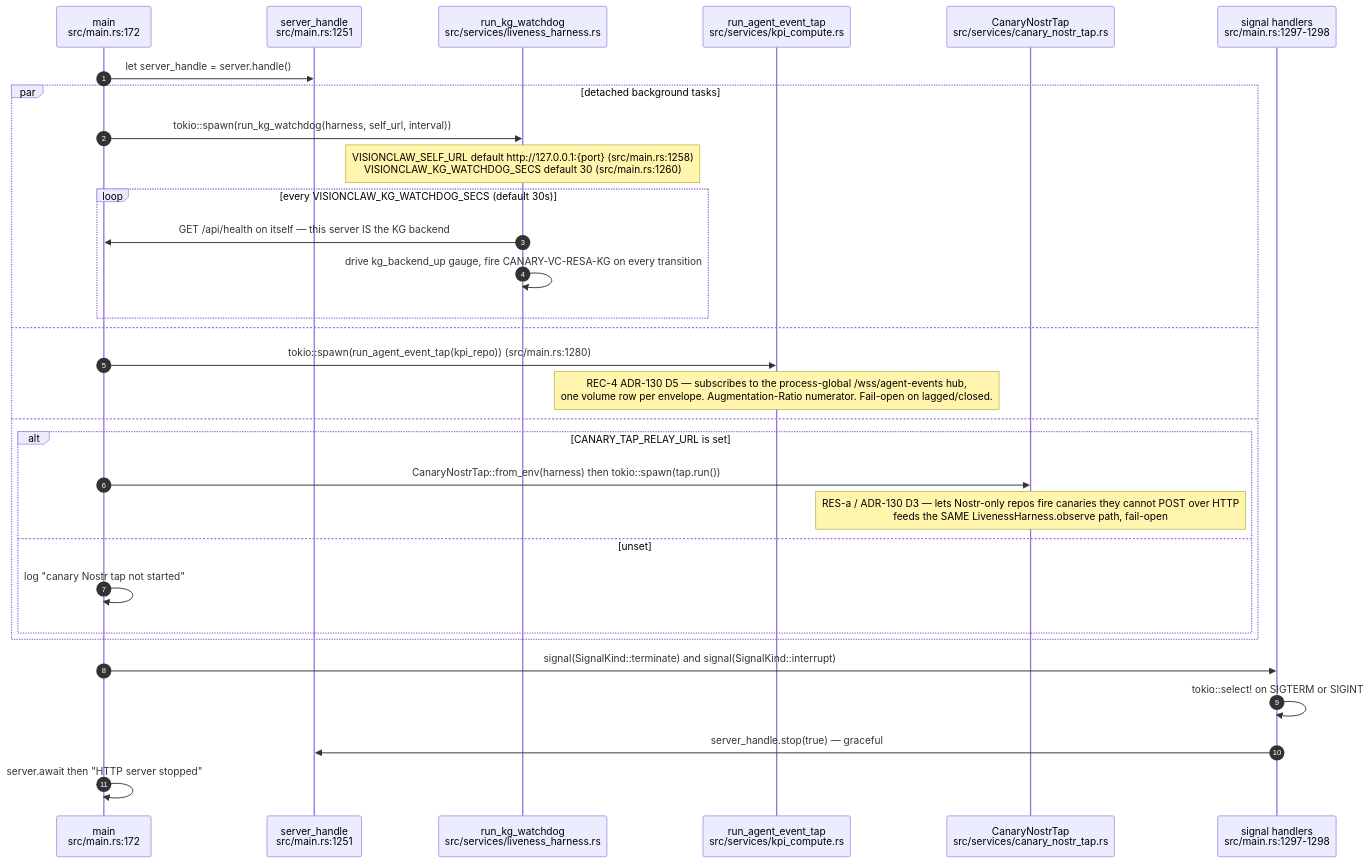
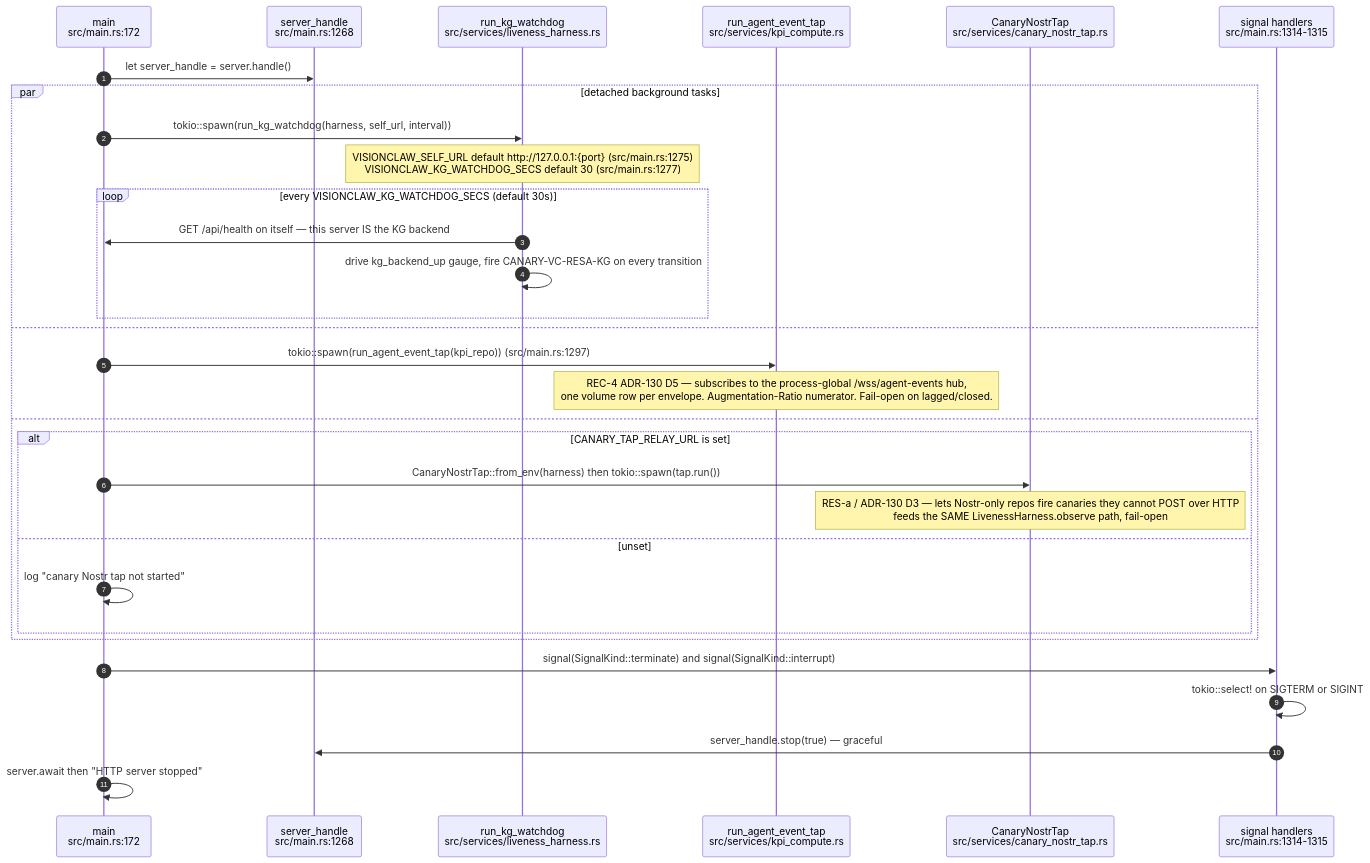
Before and after one commit to DreamLab-AI/VisionFlow: the seventh of 13 diagrams in docs/diagrams/visionclaw/01-boot-and-app-state.md, drawn with Mermaid. The commit also changed other lines of this file and 160 other files, not shown here.

````diff
--- a/docs/diagrams/visionclaw/01-boot-and-app-state.md
+++ b/docs/diagrams/visionclaw/01-boot-and-app-state.md
@@ -331,34 +339,34 @@
 ```mermaid
 sequenceDiagram
     autonumber
     participant M as main<br/>src/main.rs:172
-    participant SH as server_handle<br/>src/main.rs:1251
+    participant SH as server_handle<br/>src/main.rs:1268
     participant WD as run_kg_watchdog<br/>src/services/liveness_harness.rs
     participant TAP as run_agent_event_tap<br/>src/services/kpi_compute.rs
     participant CT as CanaryNostrTap<br/>src/services/canary_nostr_tap.rs
-    participant SIG as signal handlers<br/>src/main.rs:1297-1298
+    participant SIG as signal handlers<br/>src/main.rs:1314-1315
 
     M->>SH: let server_handle = server.handle()
     par detached background tasks
         M->>WD: tokio::spawn(run_kg_watchdog(harness, self_url, interval))
-        Note over WD: VISIONCLAW_SELF_URL default http://127.0.0.1:{port} (src/main.rs:1258)<br/>VISIONCLAW_KG_WATCHDOG_SECS default 30 (src/main.rs:1260)
+        Note over WD: VISIONCLAW_SELF_URL default http://127.0.0.1:{port} (src/main.rs:1275)<br/>VISIONCLAW_KG_WATCHDOG_SECS default 30 (src/main.rs:1277)
         loop every VISIONCLAW_KG_WATCHDOG_SECS (default 30s)
             WD->>M: GET /api/health on itself — this server IS the KG backend
             WD->>WD: drive kg_backend_up gauge, fire CANARY-VC-RESA-KG on every transition
         end
     and
-        M->>TAP: tokio::spawn(run_agent_event_tap(kpi_repo)) (src/main.rs:1280)
+        M->>TAP: tokio::spawn(run_agent_event_tap(kpi_repo)) (src/main.rs:1297)
         Note over TAP: REC-4 ADR-130 D5 — subscribes to the process-global /wss/agent-events hub,<br/>one volume row per envelope. Augmentation-Ratio numerator. Fail-open on lagged/closed.
     and
         alt CANARY_TAP_RELAY_URL is set
             M->>CT: CanaryNostrTap::from_env(harness) then tokio::spawn(tap.run())
             Note over CT: RES-a / ADR-130 D3 — lets Nostr-only repos fire canaries they cannot POST over HTTP<br/>feeds the SAME LivenessHarness.observe path, fail-open
         else unset
             M->>M: log "canary Nostr tap not started"
         end
     end
     M->>SIG: signal(SignalKind::terminate) and signal(SignalKind::interrupt)
     SIG->>SIG: tokio::select! on SIGTERM or SIGINT
     SIG->>SH: server_handle.stop(true) — graceful
     M->>M: server.await then "HTTP server stopped"
 ```
````
